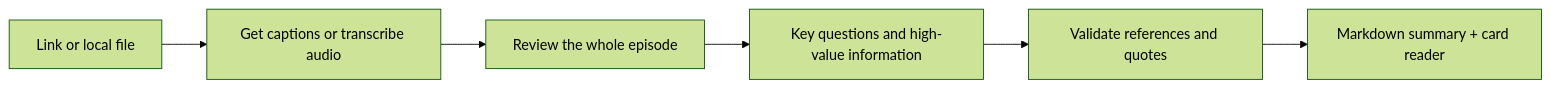
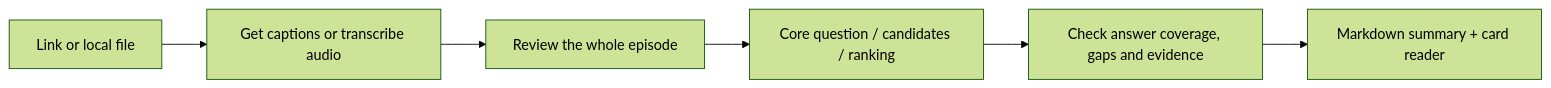
The diagram in README.en.md (Fangx-AI/podcast-reader), drawn with Mermaid (forest theme) before and after one commit. The commit also changed other lines of this file and 21 other files, not shown here.

````diff
--- a/README.en.md
+++ b/README.en.md
@@ -119,8 +121,8 @@
 ```mermaid
 flowchart LR
     A[Link or local file] --> B[Get captions or transcribe audio]
     B --> C[Review the whole episode]
-    C --> D[Key questions and high-value information]
-    D --> E[Validate references and quotes]
+    C --> D[Core question / candidates / ranking]
+    D --> E[Check answer coverage, gaps and evidence]
     E --> F[Markdown summary + card reader]
 ```
````
